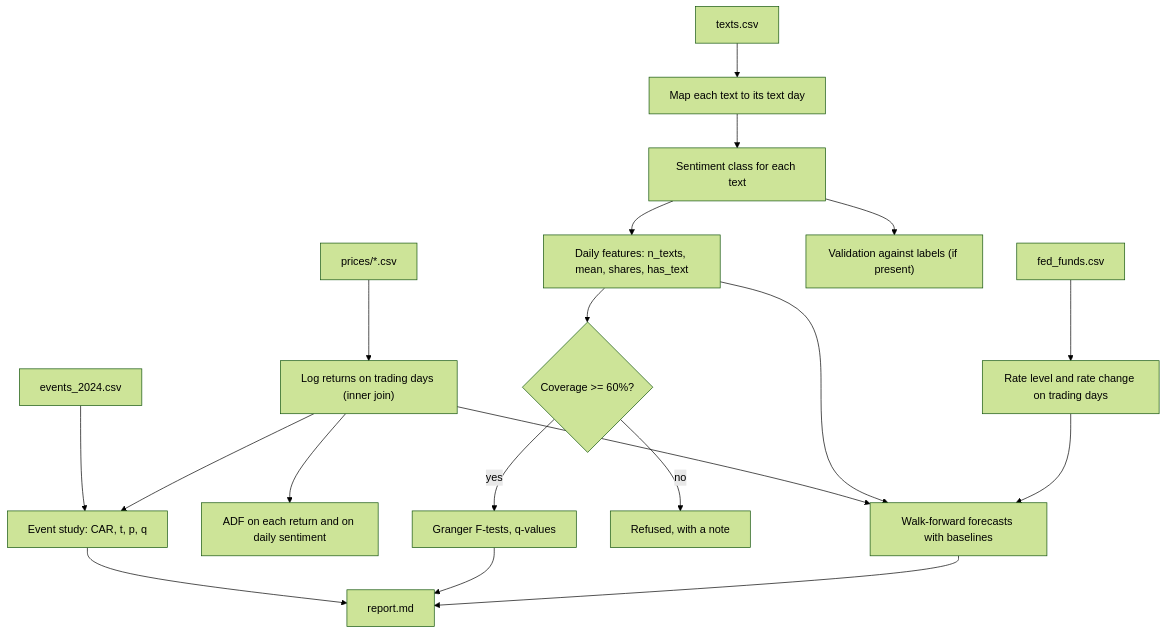
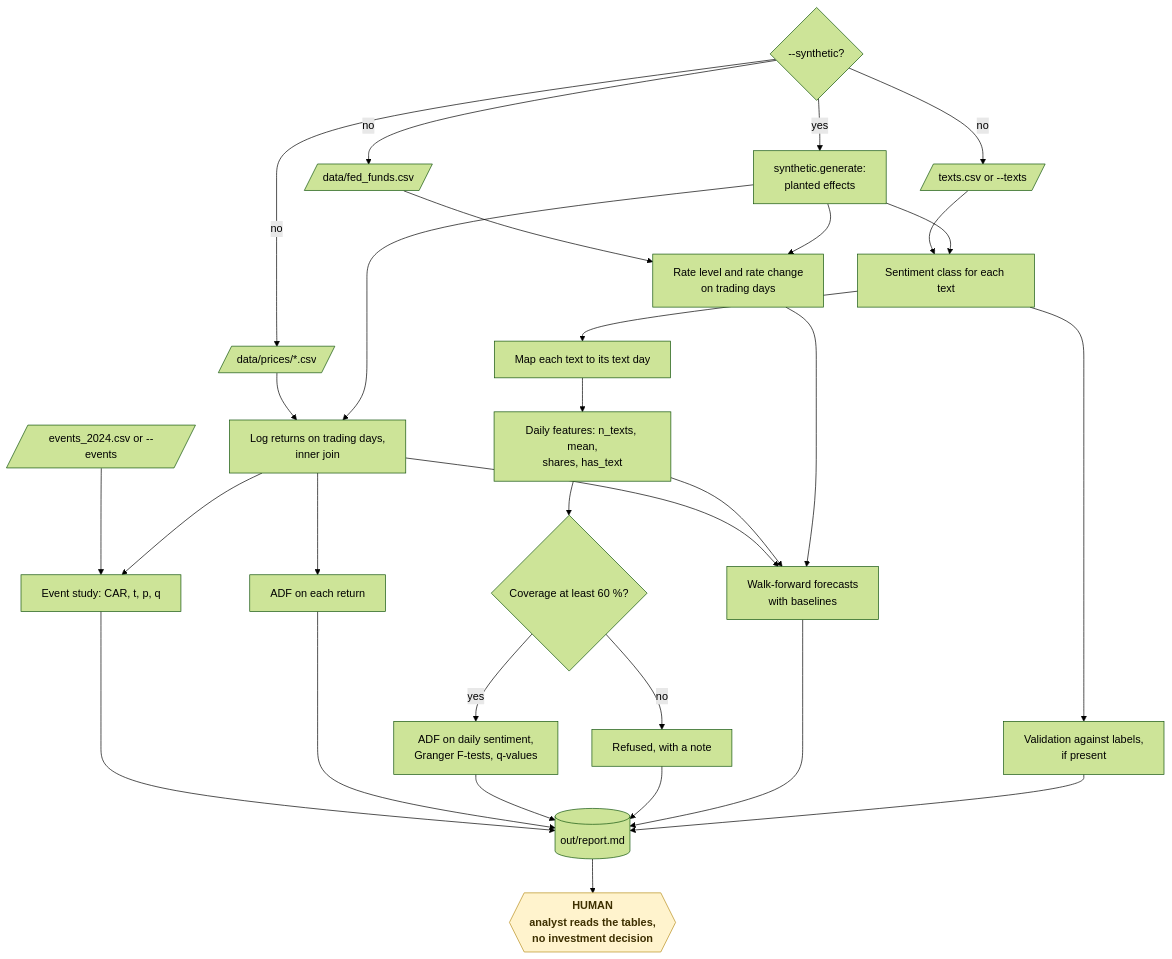
The fourth of 18 diagrams in README.md (KrishnaAnnavaram/ballots-to-markets), drawn with Mermaid (forest theme) before and after one commit. The commit also changed other lines of this file, not shown here.

Commit message:
Add the workflow diagrams to the README

````diff
--- a/README.md
+++ b/README.md
@@ -209,21 +251,35 @@
 ```mermaid
-flowchart TB
-    P["prices/*.csv"] --> R["Log returns on trading days (inner join)"]
-    F["fed_funds.csv"] --> RC["Rate level and rate change on trading days"]
-    T["texts.csv"] --> M["Map each text to its text day"]
-    M --> S["Sentiment class for each text"]
-    S --> V["Validation against labels (if present)"]
-    S --> D["Daily features: n_texts, mean, shares, has_text"]
-    E["events_2024.csv"] --> ES["Event study: CAR, t, p, q"]
+flowchart TD
+    SRC{"--synthetic?"} -- "yes" --> SYN["synthetic.generate:<br/>planted effects"]
+    SRC -- "no" --> P[/"data/prices/*.csv"/]
+    SRC -- "no" --> F[/"data/fed_funds.csv"/]
+    SRC -- "no" --> T[/"texts.csv or --texts"/]
+    P --> R["Log returns on trading days,<br/>inner join"]
+    SYN --> R
+    F --> RC["Rate level and rate change<br/>on trading days"]
+    SYN --> RC
+    T --> S["Sentiment class for each text"]
+    SYN --> S
+    S --> V["Validation against labels,<br/>if present"]
+    S --> M["Map each text to its text day"]
+    M --> D["Daily features: n_texts, mean,<br/>shares, has_text"]
+    E[/"events_2024.csv or --events"/] --> ES["Event study: CAR, t, p, q"]
     R --> ES
-    R --> ADF["ADF on each return and on daily sentiment"]
-    D --> COV{"Coverage >= 60%?"}
-    COV -- "yes" --> G["Granger F-tests, q-values"]
+    R --> ADF["ADF on each return"]
+    D --> COV{"Coverage at least 60 %?"}
+    COV -- "yes" --> G["ADF on daily sentiment,<br/>Granger F-tests, q-values"]
     COV -- "no" --> REF["Refused, with a note"]
-    R --> FC["Walk-forward forecasts with baselines"]
+    R --> FC["Walk-forward forecasts<br/>with baselines"]
     D --> FC
     RC --> FC
-    ES --> REP["report.md"]
+    ES --> REP[("out/report.md")]
+    ADF --> REP
     G --> REP
+    REF --> REP
     FC --> REP
+    V --> REP
+    REP --> HUMAN{{"HUMAN<br/>analyst reads the tables,<br/>no investment decision"}}
+
+    classDef human fill:#fff3cd,stroke:#b8901f,color:#3d2f00,font-weight:bold
+    class HUMAN human
 ```
````
